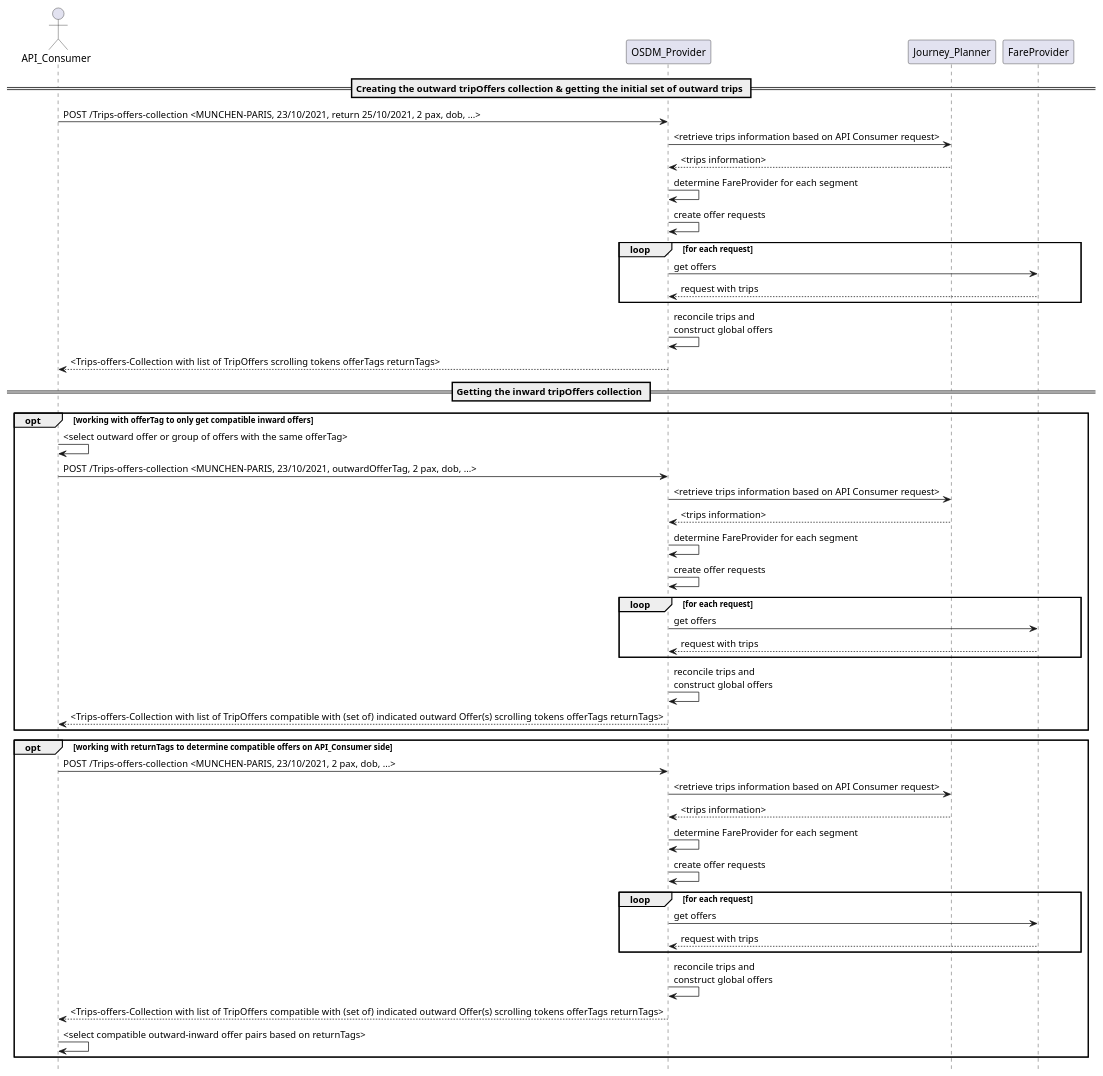
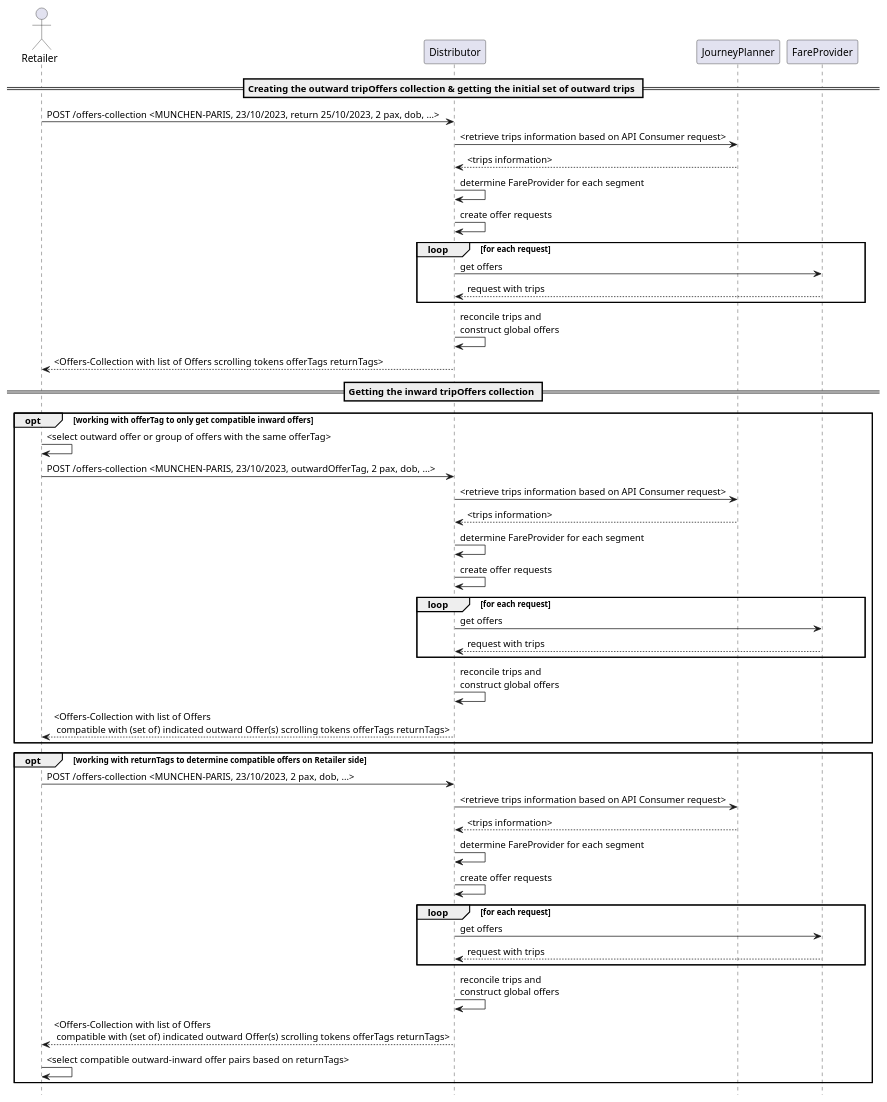
Before and after one commit to UnionInternationalCheminsdeFer/OSDM: the diagram in images/processes/seq-products-covering-both-directions.puml, drawn with PlantUML. The commit also changed 71 other files, not shown here.

```diff
--- a/images/processes/seq-products-covering-both-directions.puml
+++ b/images/processes/seq-products-covering-both-directions.puml
@@ -1,47 +1,46 @@
 hide footbox
 
-actor API_Consumer 
-
+actor Retailer
 == Creating the outward tripOffers collection & getting the initial set of outward trips ==
-API_Consumer -> OSDM_Provider: POST /Trips-offers-collection <MUNCHEN-PARIS, 23/10/2021, return 25/10/2021, 2 pax, dob, ...>
-OSDM_Provider -> Journey_Planner : <retrieve trips information based on API Consumer request>
-Journey_Planner --> OSDM_Provider : <trips information>
-OSDM_Provider -> OSDM_Provider: determine FareProvider for each segment
-OSDM_Provider -> OSDM_Provider : create offer requests
+Retailer -> Distributor: POST /offers-collection <MUNCHEN-PARIS, 23/10/2023, return 25/10/2023, 2 pax, dob, ...>
+Distributor -> JourneyPlanner : <retrieve trips information based on API Consumer request>
+JourneyPlanner --> Distributor : <trips information>
+Distributor -> Distributor: determine FareProvider for each segment
+Distributor -> Distributor : create offer requests
 loop for each request
-    OSDM_Provider -> FareProvider: get offers 
-    FareProvider --> OSDM_Provider : request with trips
+    Distributor -> FareProvider: get offers 
+    FareProvider --> Distributor : request with trips
 end
-OSDM_Provider -> OSDM_Provider : reconcile trips and \nconstruct global offers
-OSDM_Provider --> API_Consumer: <Trips-offers-Collection with list of TripOffers scrolling tokens offerTags returnTags>
+Distributor -> Distributor : reconcile trips and \nconstruct global offers
+Distributor --> Retailer: <Offers-Collection with list of Offers scrolling tokens offerTags returnTags>
 
 == Getting the inward tripOffers collection ==
 opt working with offerTag to only get compatible inward offers
-API_Consumer -> API_Consumer: <select outward offer or group of offers with the same offerTag>
-API_Consumer -> OSDM_Provider: POST /Trips-offers-collection <MUNCHEN-PARIS, 23/10/2021, outwardOfferTag, 2 pax, dob, ...>
-OSDM_Provider -> Journey_Planner : <retrieve trips information based on API Consumer request>
-Journey_Planner --> OSDM_Provider : <trips information>
-OSDM_Provider -> OSDM_Provider: determine FareProvider for each segment
-OSDM_Provider -> OSDM_Provider : create offer requests
+Retailer -> Retailer: <select outward offer or group of offers with the same offerTag>
+Retailer -> Distributor: POST /offers-collection <MUNCHEN-PARIS, 23/10/2023, outwardOfferTag, 2 pax, dob, ...>
+Distributor -> JourneyPlanner : <retrieve trips information based on API Consumer request>
+JourneyPlanner --> Distributor : <trips information>
+Distributor -> Distributor: determine FareProvider for each segment
+Distributor -> Distributor : create offer requests
 loop for each request
-    OSDM_Provider -> FareProvider: get offers 
-    FareProvider --> OSDM_Provider : request with trips
+    Distributor -> FareProvider: get offers 
+    FareProvider --> Distributor : request with trips
 end
-OSDM_Provider -> OSDM_Provider : reconcile trips and \nconstruct global offers
-OSDM_Provider --> API_Consumer: <Trips-offers-Collection with list of TripOffers compatible with (set of) indicated outward Offer(s) scrolling tokens offerTags returnTags>
+Distributor -> Distributor : reconcile trips and \nconstruct global offers
+Distributor --> Retailer: <Offers-Collection with list of Offers\n compatible with (set of) indicated outward Offer(s) scrolling tokens offerTags returnTags>
 end
 
-opt working with returnTags to determine compatible offers on API_Consumer side
-API_Consumer -> OSDM_Provider: POST /Trips-offers-collection <MUNCHEN-PARIS, 23/10/2021, 2 pax, dob, ...>
-OSDM_Provider -> Journey_Planner : <retrieve trips information based on API Consumer request>
-Journey_Planner --> OSDM_Provider : <trips information>
-OSDM_Provider -> OSDM_Provider: determine FareProvider for each segment
-OSDM_Provider -> OSDM_Provider : create offer requests
+opt working with returnTags to determine compatible offers on Retailer side
+Retailer -> Distributor: POST /offers-collection <MUNCHEN-PARIS, 23/10/2023, 2 pax, dob, ...>
+Distributor -> JourneyPlanner : <retrieve trips information based on API Consumer request>
+JourneyPlanner --> Distributor : <trips information>
+Distributor -> Distributor: determine FareProvider for each segment
+Distributor -> Distributor : create offer requests
 loop for each request
-    OSDM_Provider -> FareProvider: get offers 
-    FareProvider --> OSDM_Provider : request with trips
+    Distributor -> FareProvider: get offers 
+    FareProvider --> Distributor : request with trips
 end
-OSDM_Provider -> OSDM_Provider : reconcile trips and \nconstruct global offers
-OSDM_Provider --> API_Consumer: <Trips-offers-Collection with list of TripOffers compatible with (set of) indicated outward Offer(s) scrolling tokens offerTags returnTags>
-API_Consumer -> API_Consumer: <select compatible outward-inward offer pairs based on returnTags>
+Distributor -> Distributor : reconcile trips and \nconstruct global offers
+Distributor --> Retailer: <Offers-Collection with list of Offers\n compatible with (set of) indicated outward Offer(s) scrolling tokens offerTags returnTags>
+Retailer -> Retailer: <select compatible outward-inward offer pairs based on returnTags>
 end
```
